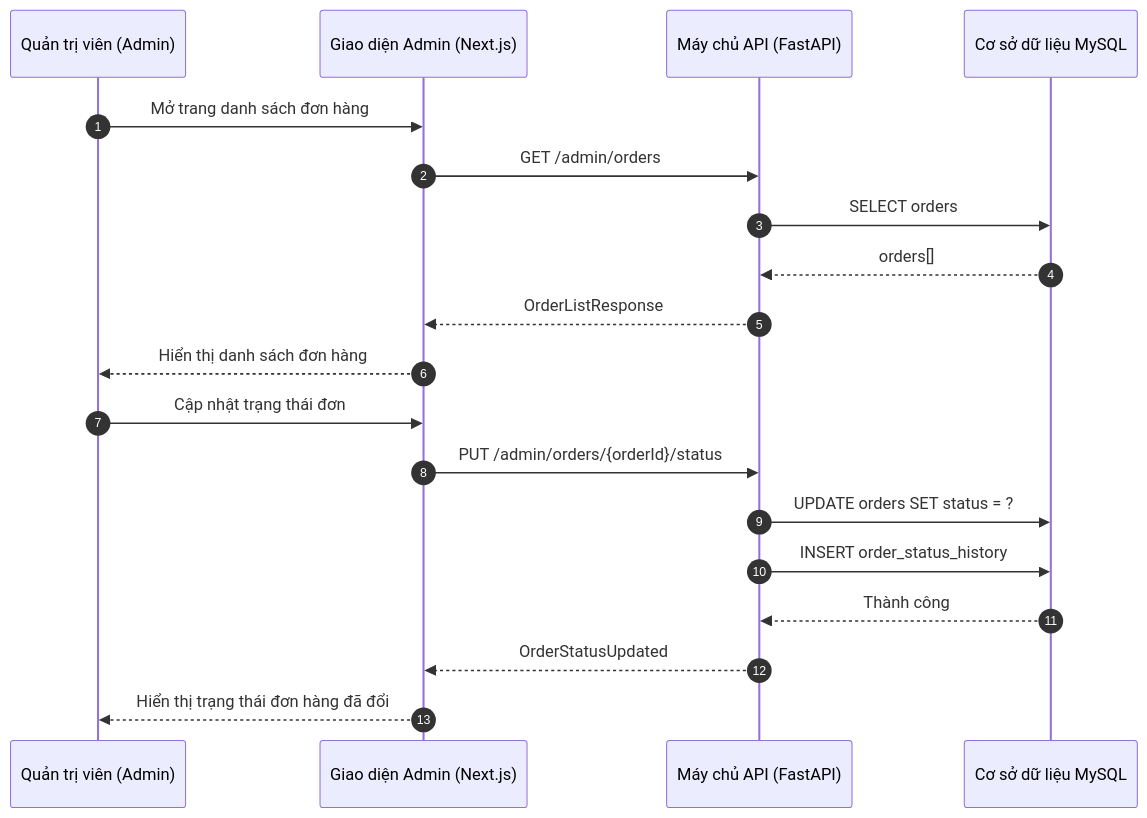
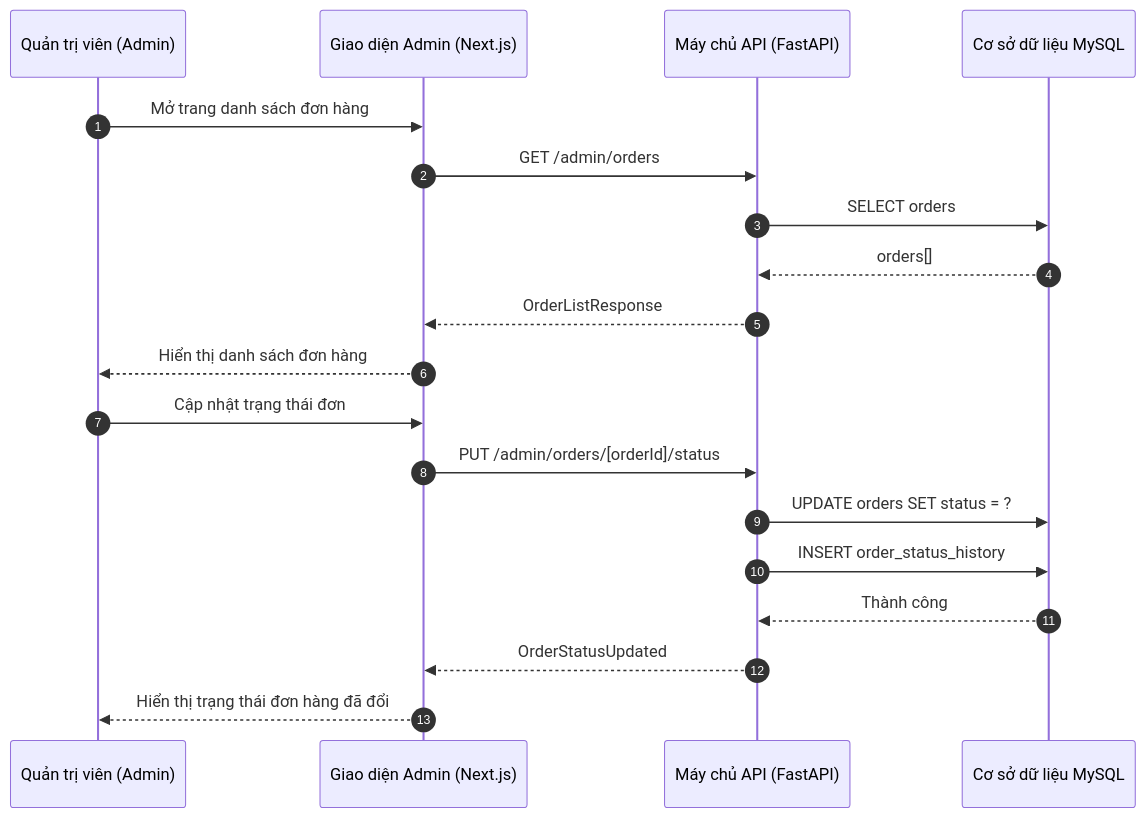
Diagram 34 of 57 in docs/design-analysis/OOSAD_ANALYSIS.md (DanhTrannn/TLCN), drawn with Mermaid before and after one commit. The commit also changed other lines of this file, not shown here.

````diff
--- a/docs/design-analysis/OOSAD_ANALYSIS.md
+++ b/docs/design-analysis/OOSAD_ANALYSIS.md
@@ -1533,23 +1533,23 @@
 ```mermaid
 sequenceDiagram
     autonumber
     participant A as Quản trị viên (Admin)
     participant FE as Giao diện Admin (Next.js)
     participant API as Máy chủ API (FastAPI)
     participant DB as Cơ sở dữ liệu MySQL
     
     A->>FE: Mở trang danh sách đơn hàng
     FE->>API: GET /admin/orders
     API->>DB: SELECT orders
     DB-->>API: orders[]
     API-->>FE: OrderListResponse
     FE-->>A: Hiển thị danh sách đơn hàng
     
     A->>FE: Cập nhật trạng thái đơn
-    FE->>API: PUT /admin/orders/{orderId}/status
+    FE->>API: PUT /admin/orders/[orderId]/status
     API->>DB: UPDATE orders SET status = ?
     API->>DB: INSERT order_status_history
     DB-->>API: Thành công
     API-->>FE: OrderStatusUpdated
     FE-->>A: Hiển thị trạng thái đơn hàng đã đổi
 ```
````
